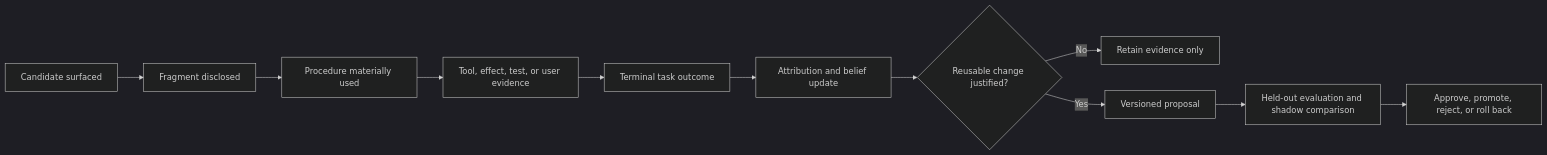
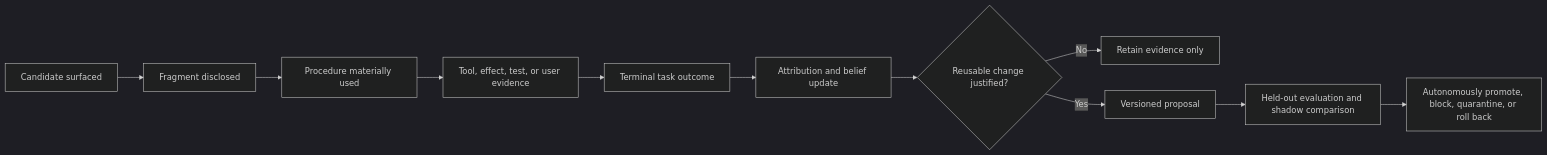
One commit to phenomenoner/agent-harness-core changed the diagram in docs/adaptive-skill-intelligence.md. Above: the diagram before and after it, drawn with Mermaid (dark theme). The commit also changed other lines of this file and 60 other files, not shown here.

````diff
--- a/docs/adaptive-skill-intelligence.md
+++ b/docs/adaptive-skill-intelligence.md
@@ -87,13 +94,13 @@
 ```mermaid
 flowchart LR
     A[Candidate surfaced] --> B[Fragment disclosed]
     B --> C[Procedure materially used]
     C --> D[Tool, effect, test, or user evidence]
     D --> E[Terminal task outcome]
     E --> F[Attribution and belief update]
     F --> G{Reusable change justified?}
     G -- No --> H[Retain evidence only]
     G -- Yes --> I[Versioned proposal]
     I --> J[Held-out evaluation and shadow comparison]
-    J --> K[Approve, promote, reject, or roll back]
+    J --> K[Autonomously promote, block, quarantine, or roll back]
 ```
````
